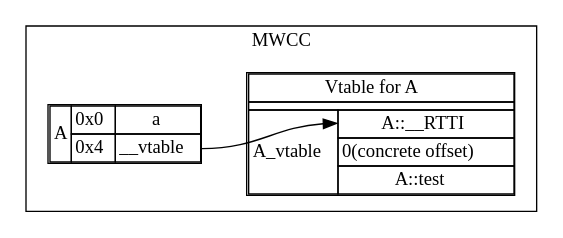
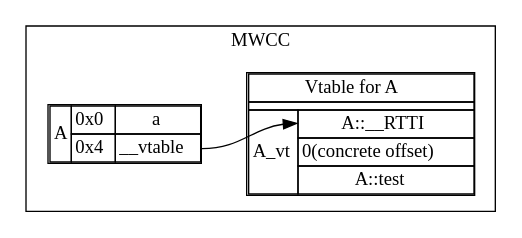
Before and after one commit to SephDB/mwcc-abi: the second of 5 diagrams in docs/vtable_basic.md, drawn with Graphviz. The commit also changed other lines of this file and 1 other file, not shown here.

Commit message:
md and diagram cleanup

````diff
--- a/docs/vtable_basic.md
+++ b/docs/vtable_basic.md
@@ -69,24 +71,24 @@
 ```dot
 
 digraph G {
     rankdir=TB;
     node [shape=none];
     
     subgraph cluster_mwcc {
         label="MWCC";
         {rank=same;
         A [label=<<table cellspacing="0">
             <tr><td rowspan="2">A</td><td>0x0</td><td>a</td></tr>
-            <tr><td>0x4</td><td port="A_vtable">__vtable</td></tr>
+            <tr><td>0x4</td><td port="A_vt">__vtable</td></tr>
         </table>>];
         A_vt [label=<<table cellspacing="0">
             <tr><td colspan="2">Vtable for A</td></tr><tr><td colspan="2"></td></tr>
-            <tr><td rowspan="3">A_vtable</td><td port="A_RTTI">A::__RTTI</td></tr>
+            <tr><td rowspan="3">A_vt</td><td port="A_RTTI">A::__RTTI</td></tr>
             <tr><td>0(concrete offset)</td></tr>
             <tr><td port="A_test">A::test</td></tr>
         </table>>];
         }
-        A:A_vtable -> A_vt:A_RTTI:w;
+        A:A_vt -> A_vt:A_RTTI:w;
     }
 }
 ```
````
